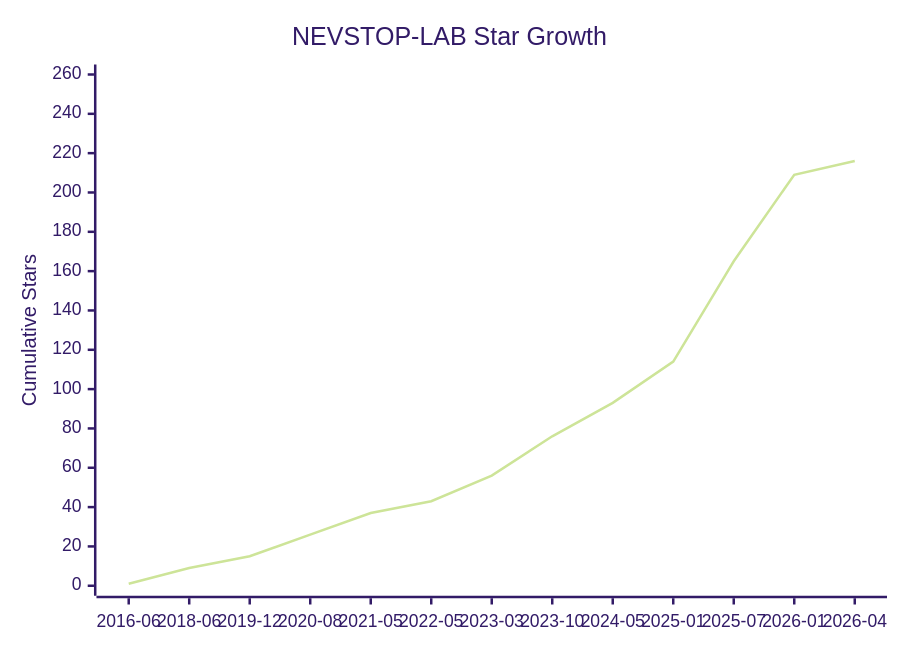
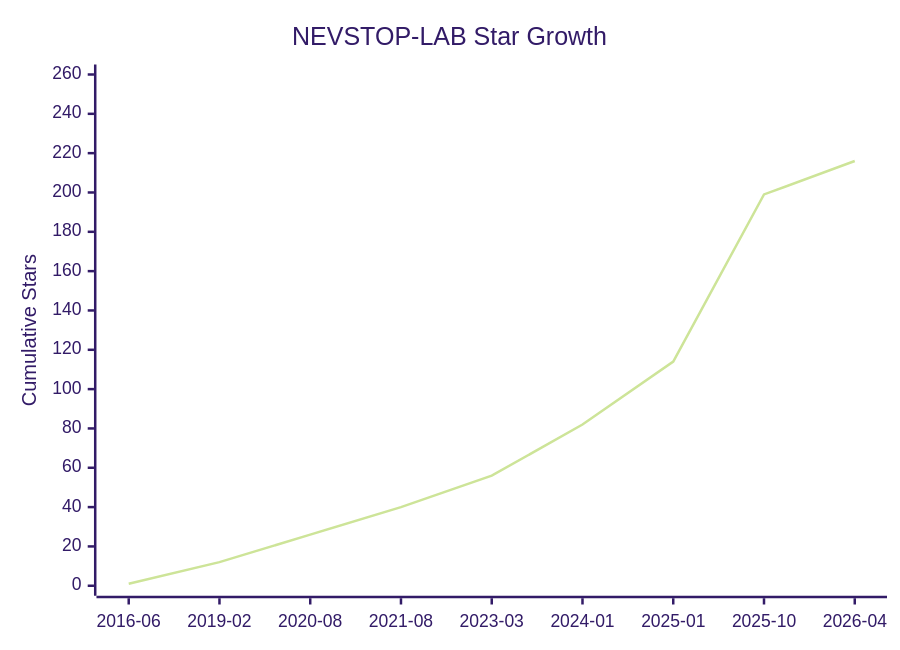
One commit to NEVSTOP-LAB/.github changed the diagram in Star-History.md. Above: the diagram before and after it, drawn with Mermaid (forest theme). The commit also changed other lines of this file, not shown here.

````diff
--- a/Star-History.md
+++ b/Star-History.md
@@ -8,7 +8,7 @@
 ```mermaid
 xychart-beta
     title "NEVSTOP-LAB Star Growth"
-    x-axis ["2016-06", "2018-06", "2019-12", "2020-08", "2021-05", "2022-05", "2023-03", "2023-10", "2024-05", "2025-01", "2025-07", "2026-01", "2026-04"]
+    x-axis ["2016-06", "2019-02", "2020-08", "2021-08", "2023-03", "2024-01", "2025-01", "2025-10", "2026-04"]
     y-axis "Cumulative Stars" 0 --> 260
-    line [1, 9, 15, 26, 37, 43, 56, 76, 93, 114, 165, 209, 216]
+    line [1, 12, 26, 40, 56, 82, 114, 199, 216]
 ```
````
